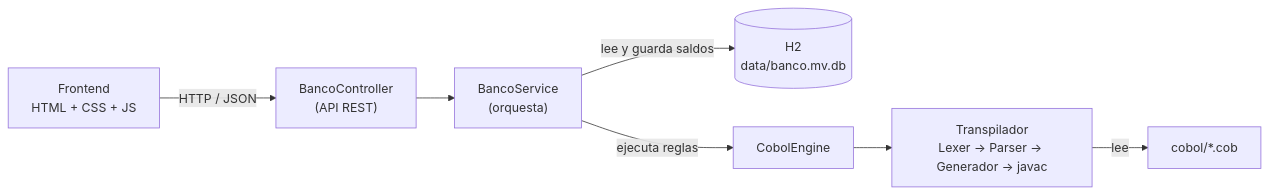
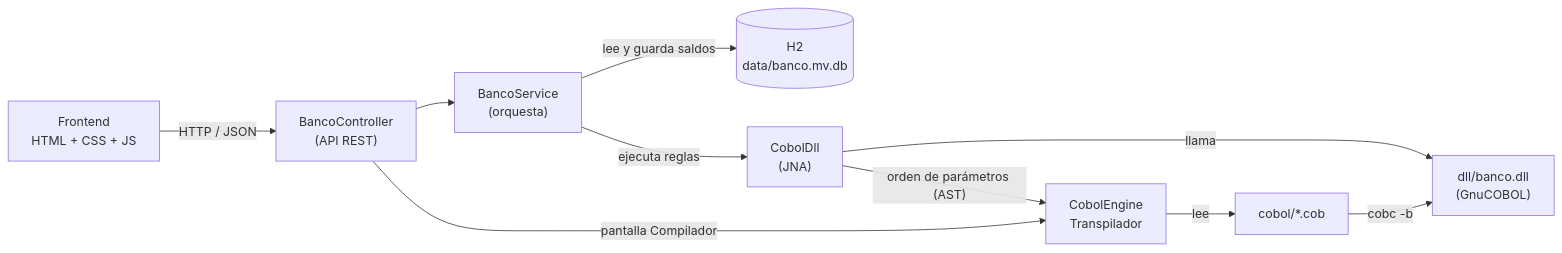
The first of 2 diagrams in doc/arquitectura.md (Marlonnxz/Bancobol), drawn with Mermaid before and after one commit. The commit also changed other lines of this file and 26 other files, not shown here.

````diff
--- a/doc/arquitectura.md
+++ b/doc/arquitectura.md
@@ -5,9 +5,12 @@
 ```mermaid
 flowchart LR
     UI["Frontend<br/>HTML + CSS + JS"] -- "HTTP / JSON" --> C["BancoController<br/>(API REST)"]
     C --> S["BancoService<br/>(orquesta)"]
     S -- "lee y guarda saldos" --> DB[("H2<br/>data/banco.mv.db")]
-    S -- "ejecuta reglas" --> E["CobolEngine"]
-    E --> T["Transpilador<br/>Lexer → Parser → Generador → javac"]
-    T -- "lee" --> F["cobol/*.cob"]
+    S -- "ejecuta reglas" --> D["CobolDll<br/>(JNA)"]
+    D -- "llama" --> B["dll/banco.dll<br/>(GnuCOBOL)"]
+    F["cobol/*.cob"] -- "cobc -b" --> B
+    D -- "orden de parámetros (AST)" --> E["CobolEngine<br/>Transpilador"]
+    E -- "lee" --> F
+    C -- "pantalla Compilador" --> E
 ```
````
